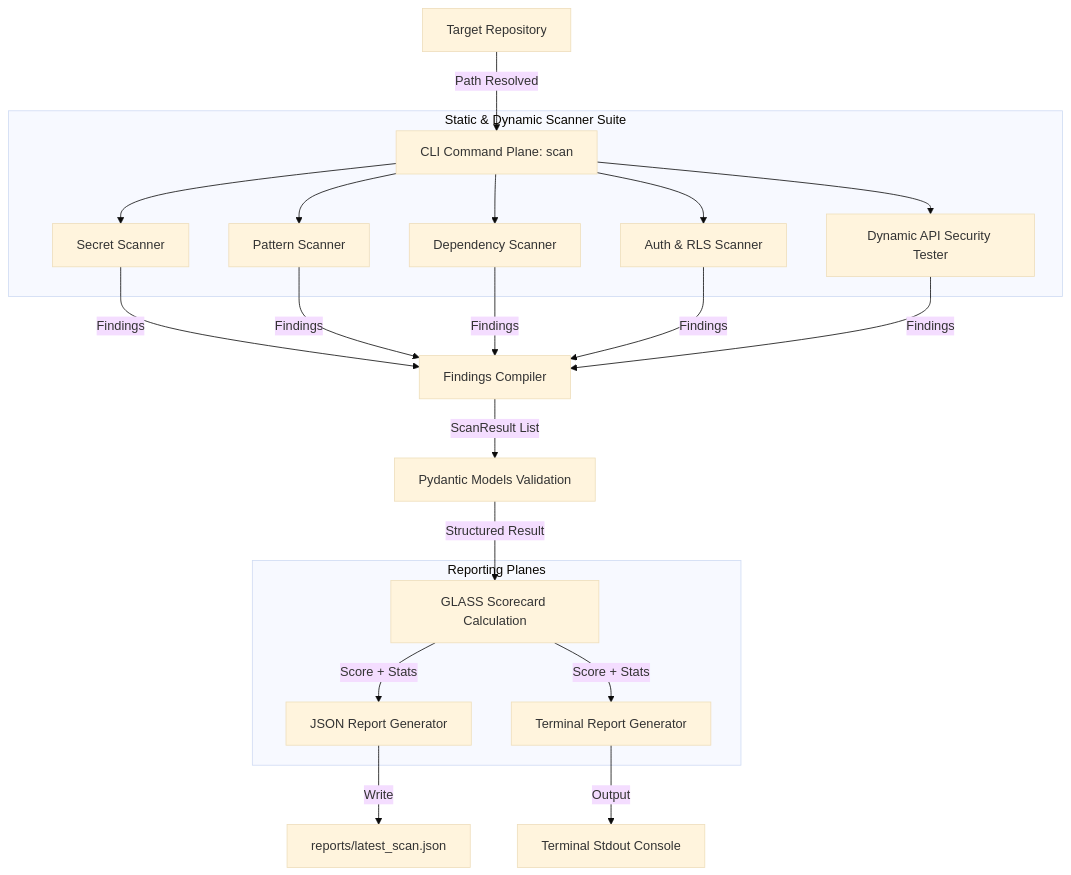
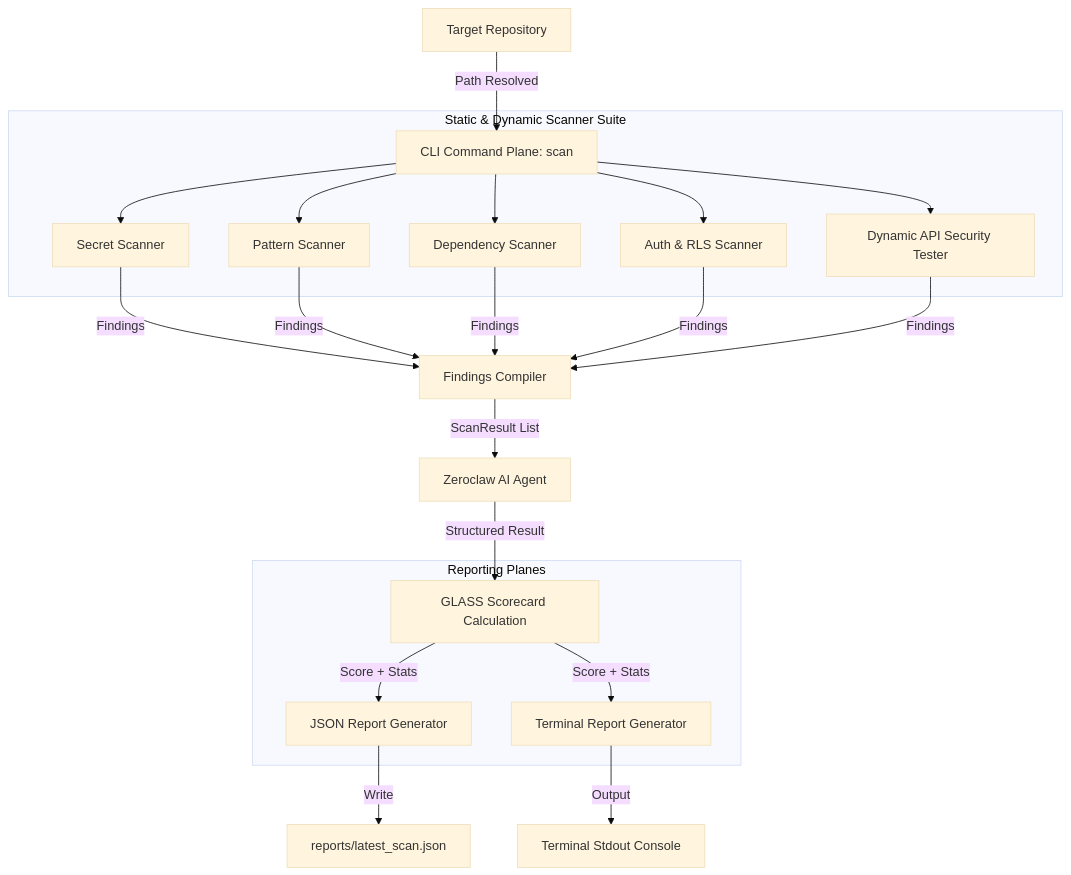
Before and after one commit to Life-Atlas/zeroclaw-scanner: the diagram in README.md, drawn with Mermaid (base theme).

Commit message:
Update README with Zeroclaw AI Agent details

````diff
--- a/README.md
+++ b/README.md
@@ -41,29 +41,29 @@
 ```mermaid
 graph TD
     Target[Target Repository] -->|Path Resolved| CLI[CLI Command Plane: scan]
     
     subgraph Scanners [Static & Dynamic Scanner Suite]
         CLI --> SecretScan[Secret Scanner]
         CLI --> PatternScan[Pattern Scanner]
         CLI --> DepScan[Dependency Scanner]
         CLI --> AuthScan[Auth & RLS Scanner]
         CLI --> APITest[Dynamic API Security Tester]
     end
 
     SecretScan -->|Findings| Compiler[Findings Compiler]
     PatternScan -->|Findings| Compiler
     DepScan -->|Findings| Compiler
     AuthScan -->|Findings| Compiler
     APITest -->|Findings| Compiler
 
-    Compiler -->|ScanResult List| Model[Pydantic Models Validation]
-    Model -->|Structured Result| Scorecard[GLASS Scorecard Calculation]
+    Compiler -->|ScanResult List| ZeroclawAI[Zeroclaw AI Agent]
+    ZeroclawAI -->|Structured Result| Scorecard[GLASS Scorecard Calculation]
     
     subgraph Outputs [Reporting Planes]
         Scorecard -->|Score + Stats| JSONGen[JSON Report Generator]
         Scorecard -->|Score + Stats| TermGen[Terminal Report Generator]
     end
 
     JSONGen -->|Write| FileJSON[reports/latest_scan.json]
     TermGen -->|Output| Stdout[Terminal Stdout Console]
 ```
````
